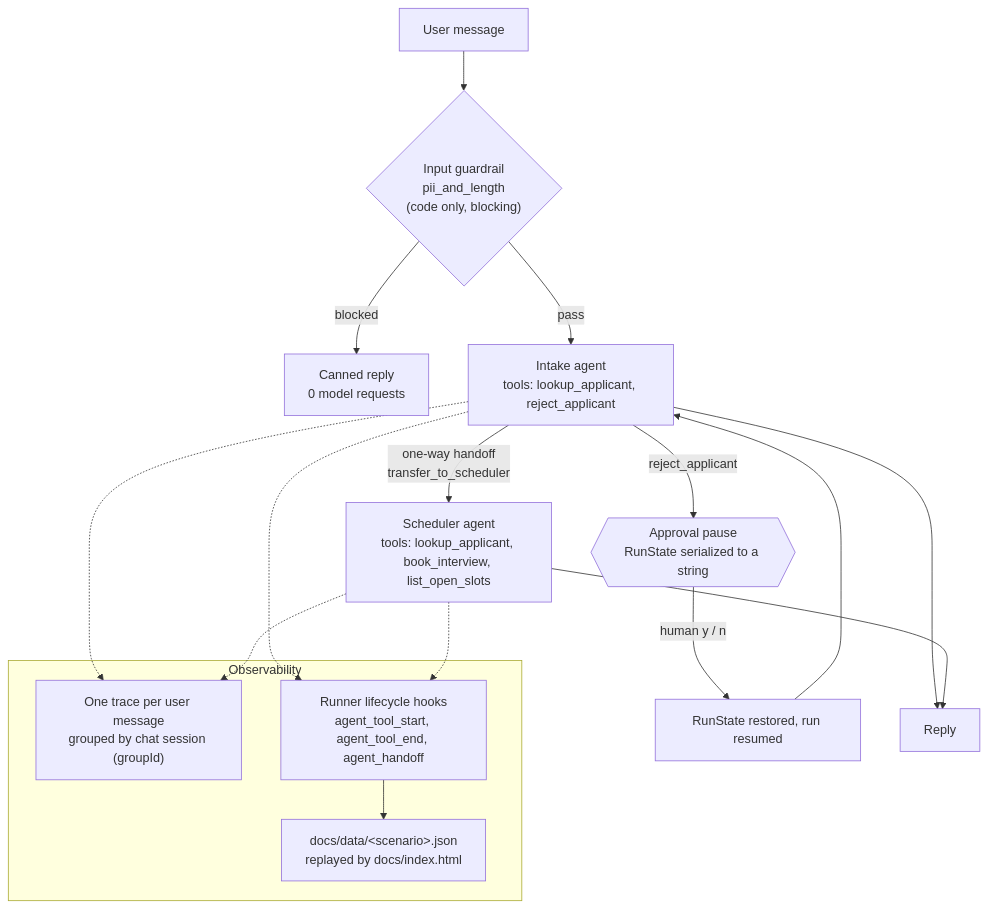
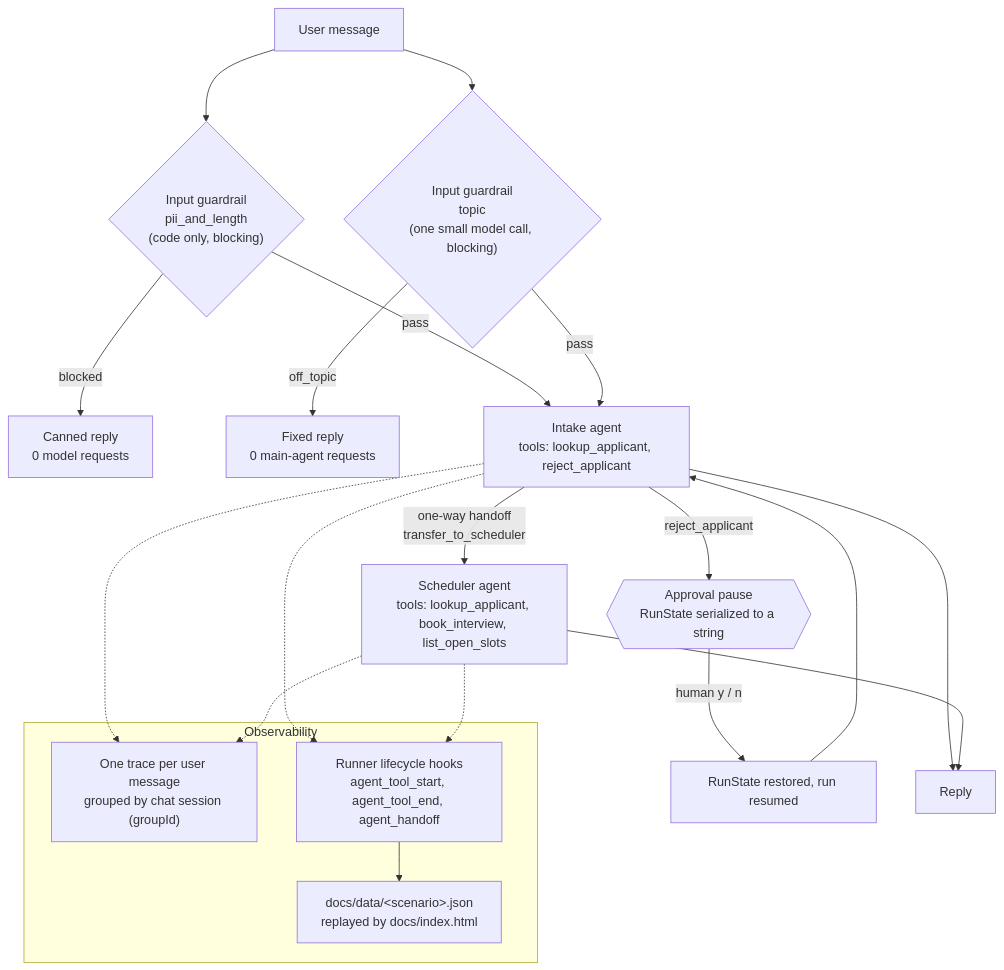
The diagram in README.md (Hekleiman/applicant-intake-agent), drawn with Mermaid before and after one commit. The commit also changed other lines of this file and 13 other files, not shown here.

Commit message:
Enforce off-topic rule with a guardrail, block slot offers for rejected applicants

````diff
--- a/README.md
+++ b/README.md
@@ -11,23 +11,26 @@
 ```mermaid
 flowchart TD
     U[User message] --> G{"Input guardrail<br/>pii_and_length<br/>(code only, blocking)"}
+    U --> TC{"Input guardrail<br/>topic<br/>(one small model call, blocking)"}
     G -- blocked --> B["Canned reply<br/>0 model requests"]
+    TC -- off_topic --> O["Fixed reply<br/>0 main-agent requests"]
     G -- pass --> I["Intake agent<br/>tools: lookup_applicant, reject_applicant"]
+    TC -- pass --> I
     I -- "one-way handoff<br/>transfer_to_scheduler" --> S["Scheduler agent<br/>tools: lookup_applicant, book_interview, list_open_slots"]
     I -- reject_applicant --> P{{"Approval pause<br/>RunState serialized to a string"}}
     P -- "human y / n" --> R["RunState restored, run resumed"]
     R --> I
     I --> A[Reply]
     S --> A
 
     subgraph Observability
         T["One trace per user message<br/>grouped by chat session (groupId)"]
         H["Runner lifecycle hooks<br/>agent_tool_start, agent_tool_end, agent_handoff"]
         J["docs/data/&lt;scenario&gt;.json<br/>replayed by docs/index.html"]
         H --> J
     end
     I -.-> T
     S -.-> T
     I -.-> H
     S -.-> H
 ```
````
